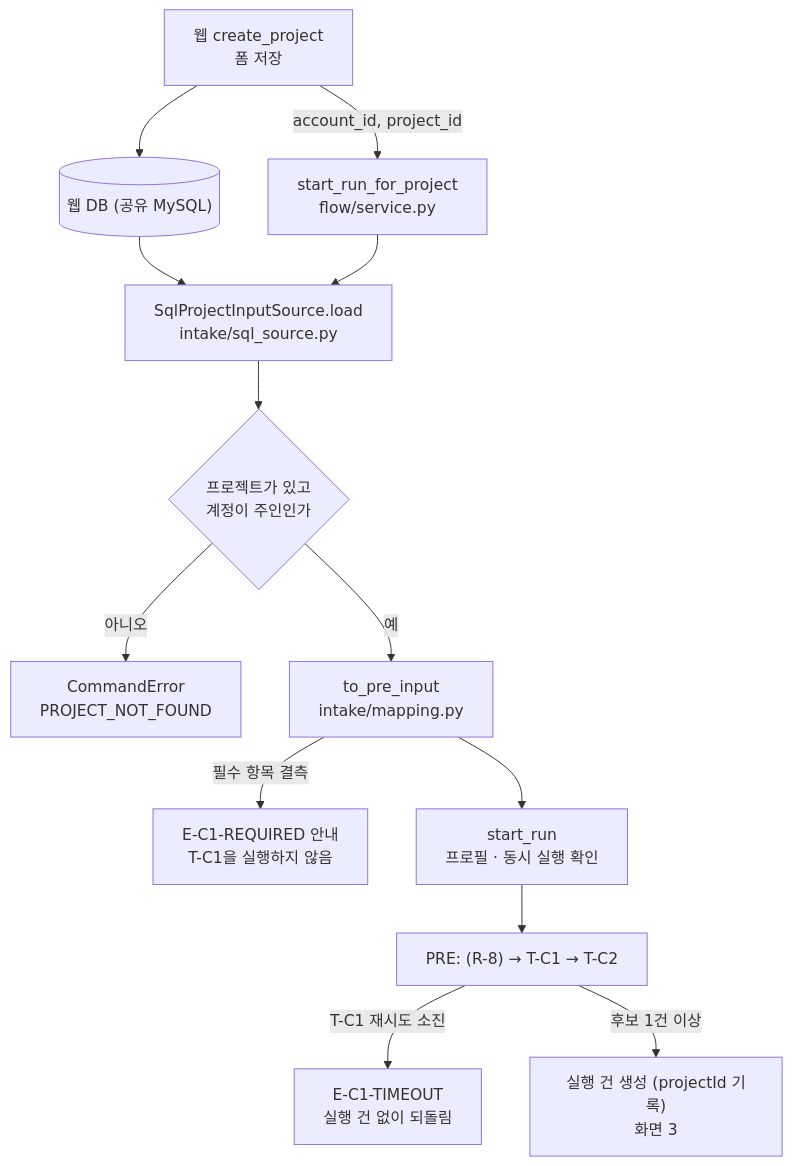
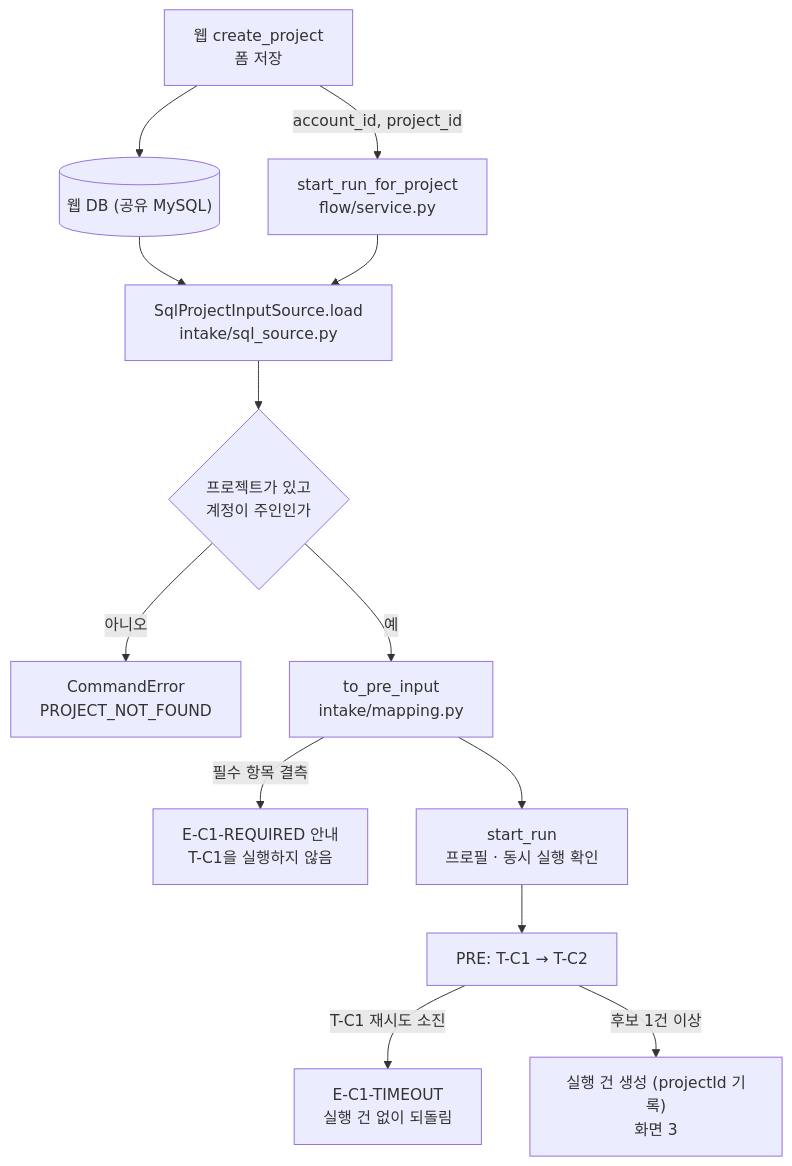
Before and after one commit to SKNETWORKS-FAMILY-AICAMP/SKN32-FINAL-1TEAM: the diagram in agent-orchestration/docs/T-C1_요구사항해석_구현.md, drawn with Mermaid. The commit also changed other lines of this file and 63 other files, not shown here.

````diff
--- a/agent-orchestration/docs/T-C1_요구사항해석_구현.md
+++ b/agent-orchestration/docs/T-C1_요구사항해석_구현.md
@@ -30,15 +30,15 @@
 ```mermaid
 flowchart TD
   W["웹 create_project<br/>폼 저장"] --> DB[("웹 DB (공유 MySQL)")]
   W -- "account_id, project_id" --> S["start_run_for_project<br/>flow/service.py"]
   DB --> L["SqlProjectInputSource.load<br/>intake/sql_source.py"]
   S --> L
   L --> O{"프로젝트가 있고<br/>계정이 주인인가"}
   O -- 아니오 --> X1["CommandError<br/>PROJECT_NOT_FOUND"]
   O -- 예 --> M["to_pre_input<br/>intake/mapping.py"]
   M -- 필수 항목 결측 --> X2["E-C1-REQUIRED 안내<br/>T-C1을 실행하지 않음"]
   M --> R["start_run<br/>프로필 · 동시 실행 확인"]
-  R --> P["PRE: (R-8) → T-C1 → T-C2"]
+  R --> P["PRE: T-C1 → T-C2"]
   P -- "T-C1 재시도 소진" --> X3["E-C1-TIMEOUT<br/>실행 건 없이 되돌림"]
   P -- "후보 1건 이상" --> RUN["실행 건 생성 (projectId 기록)<br/>화면 3"]
 ```
````
